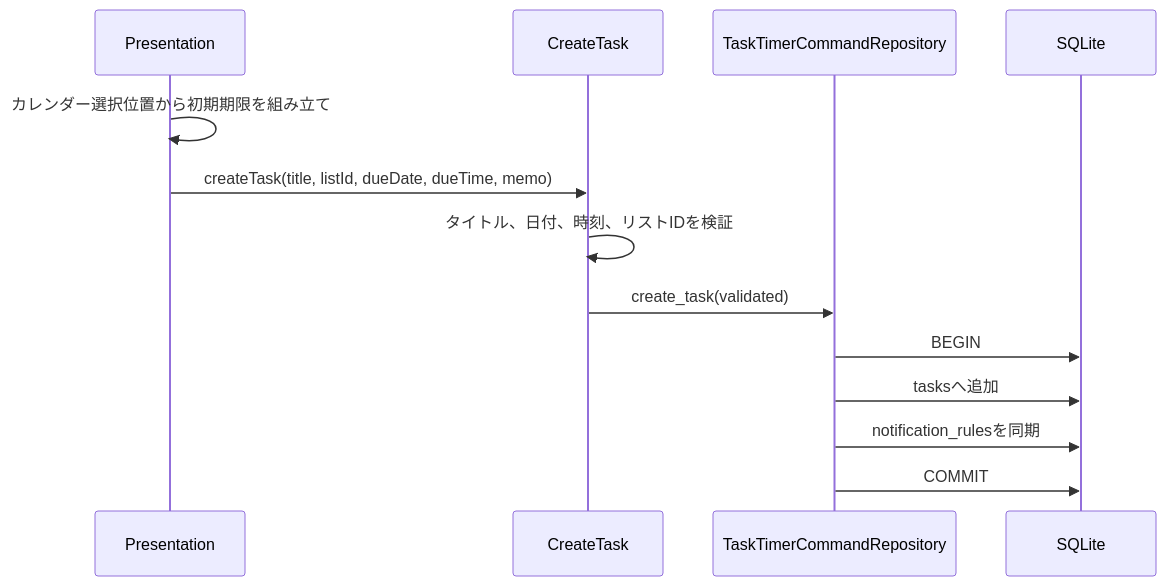
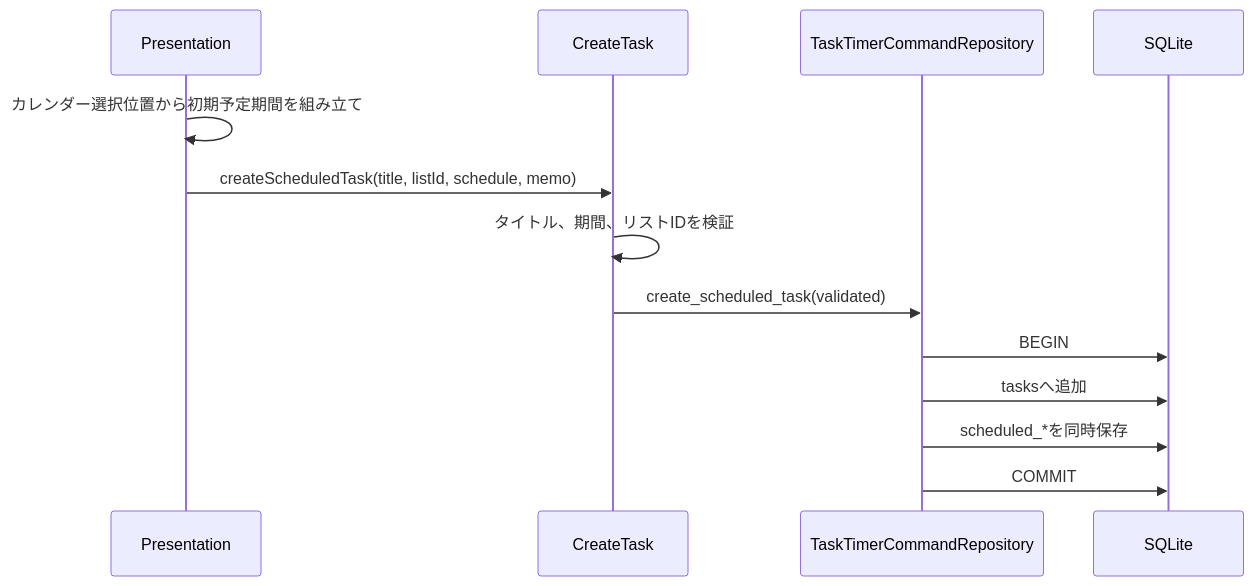
The diagram in docs/issues/038-calendar-task-create.md (yt-hsgw/TaskTimer), drawn with Mermaid before and after one commit. The commit also changed other lines of this file and 24 other files, not shown here.

````diff
--- a/docs/issues/038-calendar-task-create.md
+++ b/docs/issues/038-calendar-task-create.md
@@ -35,16 +37,16 @@
 ```mermaid
 sequenceDiagram
   participant UI as Presentation
   participant UC as CreateTask
   participant Repo as TaskTimerCommandRepository
   participant DB as SQLite
 
-  UI->>UI: カレンダー選択位置から初期期限を組み立て
-  UI->>UC: createTask(title, listId, dueDate, dueTime, memo)
-  UC->>UC: タイトル、日付、時刻、リストIDを検証
-  UC->>Repo: create_task(validated)
+  UI->>UI: カレンダー選択位置から初期予定期間を組み立て
+  UI->>UC: createScheduledTask(title, listId, schedule, memo)
+  UC->>UC: タイトル、期間、リストIDを検証
+  UC->>Repo: create_scheduled_task(validated)
   Repo->>DB: BEGIN
   Repo->>DB: tasksへ追加
-  Repo->>DB: notification_rulesを同期
+  Repo->>DB: scheduled_*を同時保存
   Repo->>DB: COMMIT
 ```
````
